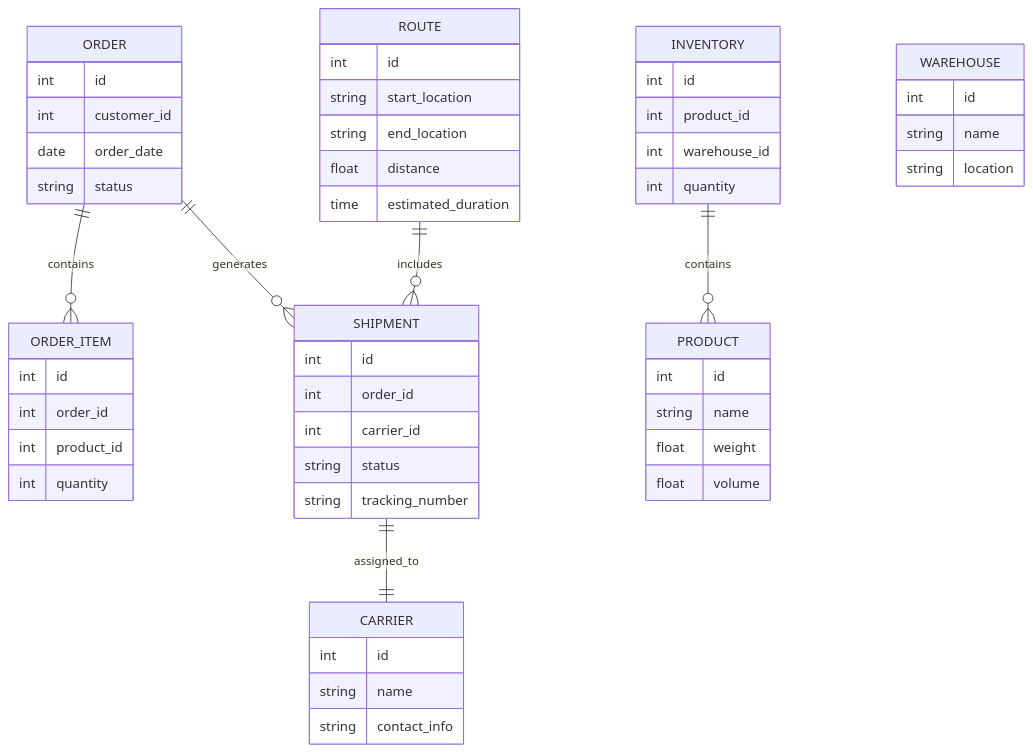
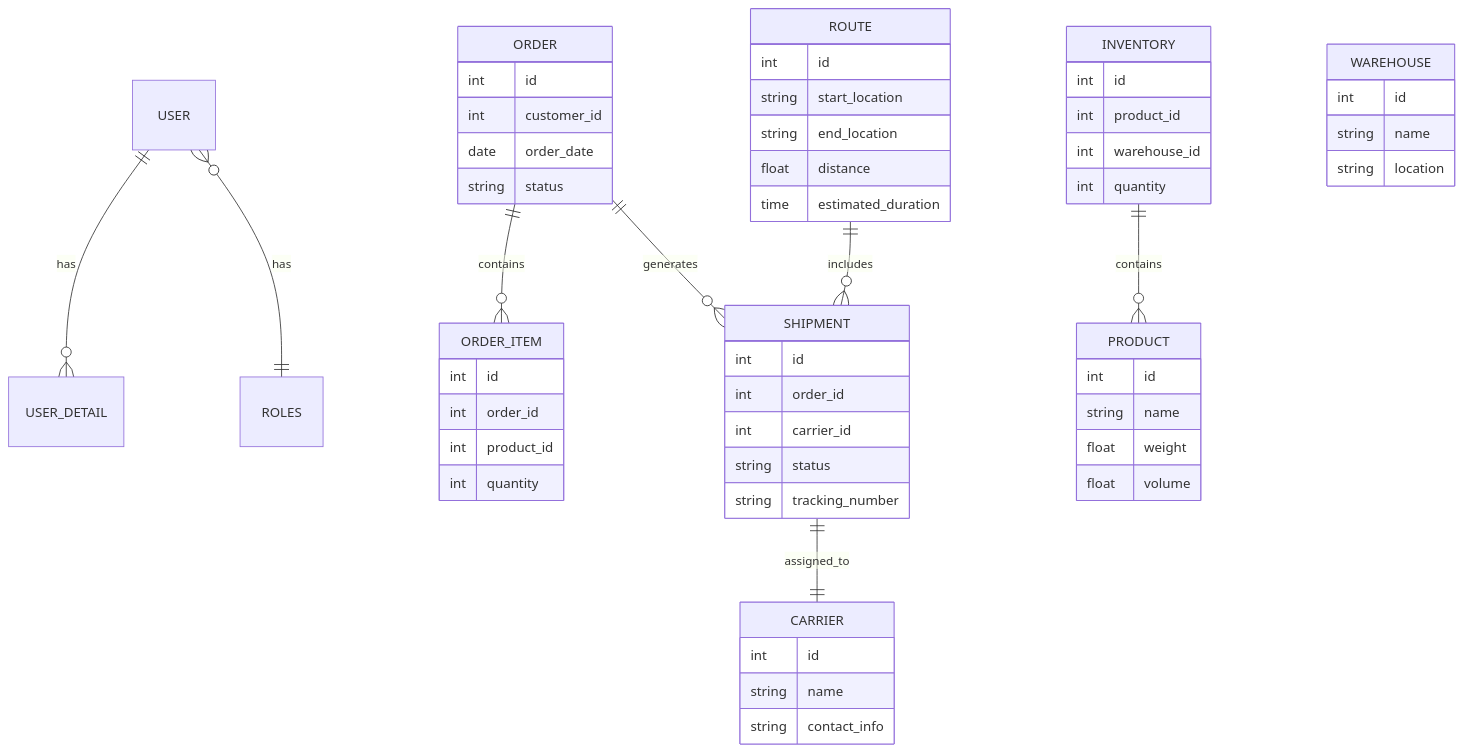
Before and after one commit to Vestigialmars5/TMS-Project: the third of 7 diagrams in system_design.md, drawn with Mermaid. The commit also changed other lines of this file, not shown here.

````diff
--- a/system_design.md
+++ b/system_design.md
@@ -1308,56 +1306,58 @@
 ```mermaid
 erDiagram
+    USER ||--o{ USER_DETAIL : has
+    USER }o--|| ROLES : has
     ORDER ||--o{ ORDER_ITEM : contains
     ORDER ||--o{ SHIPMENT : generates
     ORDER {
     int id
     int customer_id
     date order_date
     string status
     }
     ORDER_ITEM {
     int id
     int order_id
     int product_id
     int quantity
     }
     SHIPMENT ||--|| CARRIER : assigned_to
     SHIPMENT {
     int id
     int order_id
     int carrier_id
     string status
     string tracking_number
     }
     CARRIER {
     int id
     string name
     string contact_info
     }
     ROUTE ||--o{ SHIPMENT : includes
     ROUTE {
     int id
     string start_location
     string end_location
     float distance
     time estimated_duration
     }
     INVENTORY ||--o{ PRODUCT : contains
     INVENTORY {
     int id
     int product_id
     int warehouse_id
     int quantity
     }
     PRODUCT {
     int id
     string name
     float weight
     float volume
     }
     WAREHOUSE {
     int id
     string name
     string location
     }
 ```
````
